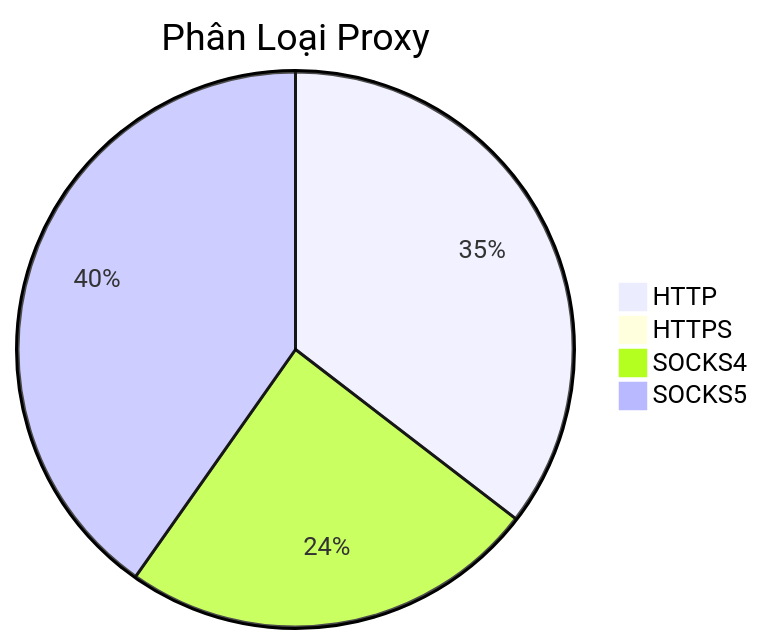
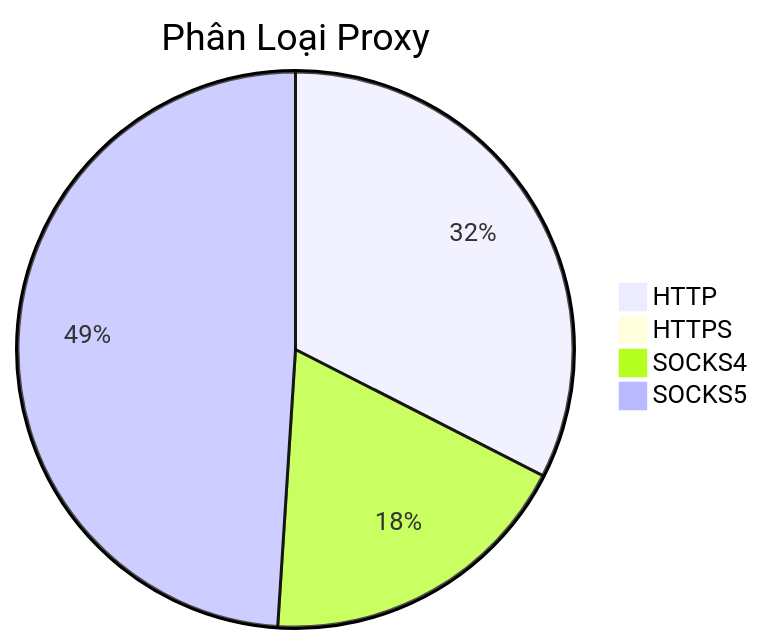
One commit to Ciara-12/PROXY-free changed the diagram in README.md. Above: the diagram before and after it, drawn with Mermaid. The commit also changed other lines of this file and 4 other files, not shown here.

````diff
--- a/README.md
+++ b/README.md
@@ -26,7 +26,7 @@
 ```mermaid
 pie title Phân Loại Proxy
-    "HTTP" : 479
-    "HTTPS" : 1
-    "SOCKS4" : 329
-    "SOCKS5" : 544
+    "HTTP" : 669
+    "HTTPS" : 3
+    "SOCKS4" : 381
+    "SOCKS5" : 1008
 ```
````
